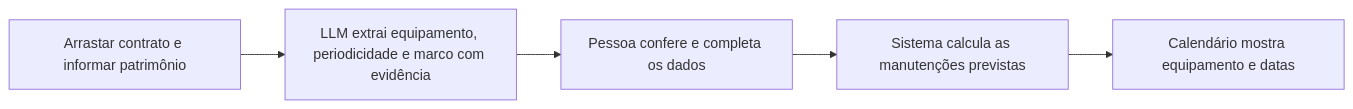
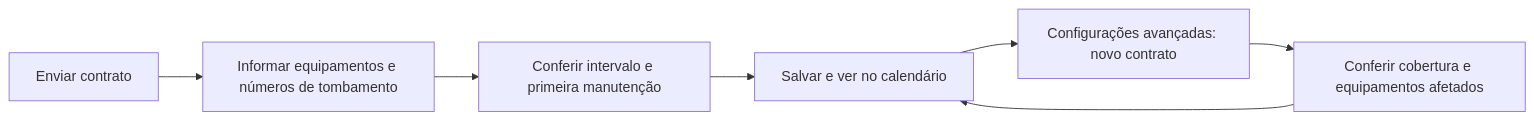
Before and after one commit to AntonioFiglio/consta: the diagram in docs/produto/fase-1-cadastro-e-calendario.md, drawn with Mermaid. The commit also changed other lines of this file and 23 other files, not shown here.

````diff
--- a/docs/produto/fase-1-cadastro-e-calendario.md
+++ b/docs/produto/fase-1-cadastro-e-calendario.md
@@ -11,9 +63,9 @@
 ```mermaid
 flowchart LR
-    Cadastro["Arrastar contrato e informar patrimônio"]
-    Leitura["LLM extrai equipamento, periodicidade e marco com evidência"]
-    Revisao["Pessoa confere e completa os dados"]
-    Datas["Sistema calcula as manutenções previstas"]
-    Calendario["Calendário mostra equipamento e datas"]
-    Cadastro --> Leitura --> Revisao --> Datas --> Calendario
+    PDF["Enviar contrato"] --> Equipamentos["Informar equipamentos e números de tombamento"]
+    Equipamentos --> Conferir["Conferir intervalo e primeira manutenção"]
+    Conferir --> Calendario["Salvar e ver no calendário"]
+    Calendario --> Avancadas["Configurações avançadas: novo contrato"]
+    Avancadas --> Cobertura["Conferir cobertura e equipamentos afetados"]
+    Cobertura --> Calendario
 ```
````
